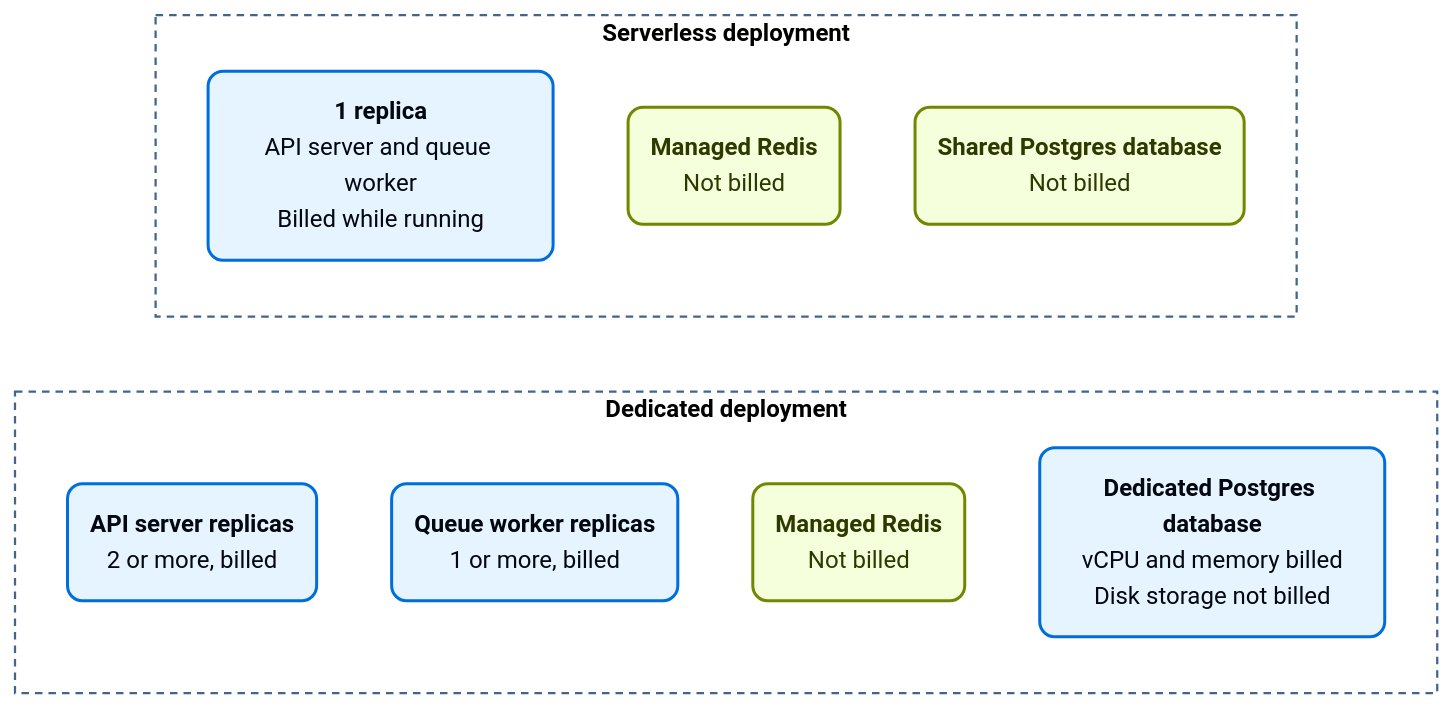
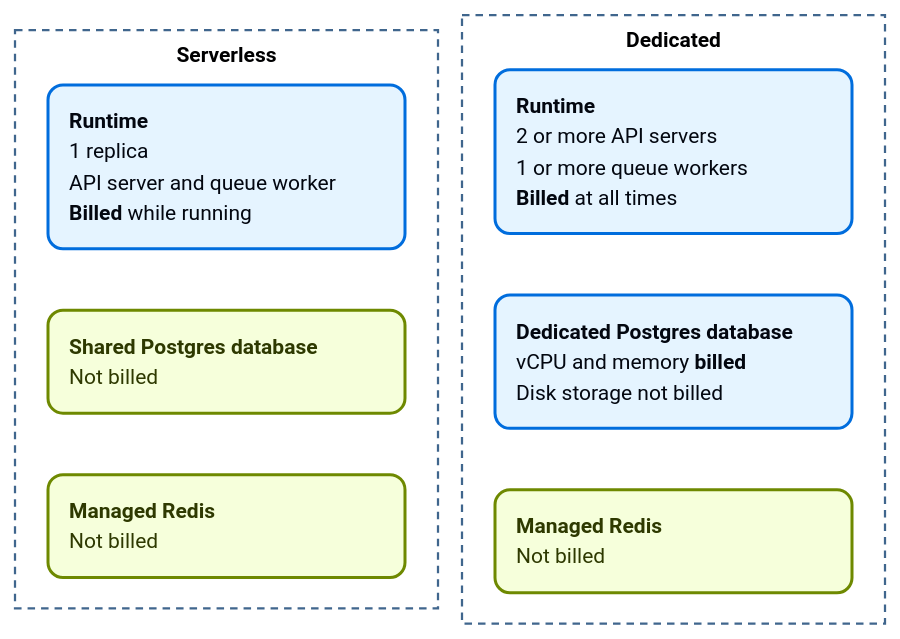
Before and after one commit to langchain-ai/docs: the first of 2 diagrams in src/langsmith/billing.mdx, drawn with Mermaid. The commit also changed other lines of this file, not shown here.

First line of the commit message:
docs(langsmith): fit deployment cost tables and polish diagrams

````diff
--- a/src/langsmith/billing.mdx
+++ b/src/langsmith/billing.mdx
@@ -199,26 +199,28 @@
 ```mermaid actions={false}
-%%{init: {"theme":"base","themeVariables":{"fontFamily":"Inter, system-ui, sans-serif","lineColor":"#40668D","primaryColor":"#E5F4FF","primaryTextColor":"#030710","primaryBorderColor":"#006DDD","clusterBkg":"transparent"}}}%%
+%%{init: {"theme":"base","flowchart":{"htmlLabels":true,"nodeSpacing":24,"rankSpacing":16,"padding":14,"subGraphTitleMargin":{"top":6,"bottom":10}},"themeVariables":{"fontFamily":"Inter, system-ui, sans-serif","fontSize":"14px","lineColor":"#40668D","primaryColor":"#E5F4FF","primaryTextColor":"#030710","primaryBorderColor":"#006DDD","clusterBkg":"transparent","edgeLabelBackground":"#FFFFFF"}}}%%
 flowchart LR
-    subgraph dedicated["<b>Dedicated deployment</b>"]
+    subgraph serverless["<b>Serverless</b>"]
         direction TB
-        DApi("<b>API server replicas</b><br/>2 or more, billed")
-        DWorker("<b>Queue worker replicas</b><br/>1 or more, billed")
-        DRedis("<b>Managed Redis</b><br/>Not billed")
-        DDb("<b>Dedicated Postgres database</b><br/>vCPU and memory billed<br/>Disk storage not billed")
+        SRuntime("<div style='width:210px;text-align:left;line-height:1.45'><b>Runtime</b><br/>1 replica<br/>API server and queue worker<br/><b>Billed</b> while running</div>")
+        SDb("<div style='width:210px;text-align:left;line-height:1.45'><b>Shared Postgres database</b><br/>Not billed</div>")
+        SRedis("<div style='width:210px;text-align:left;line-height:1.45'><b>Managed Redis</b><br/>Not billed</div>")
+        SRuntime ~~~ SDb ~~~ SRedis
     end
-    subgraph serverless["<b>Serverless deployment</b>"]
+    subgraph dedicated["<b>Dedicated</b>"]
         direction TB
-        SReplica("<b>1 replica</b><br/>API server and queue worker<br/>Billed while running")
-        SRedis("<b>Managed Redis</b><br/>Not billed")
-        SDb("<b>Shared Postgres database</b><br/>Not billed")
+        DRuntime("<div style='width:210px;text-align:left;line-height:1.45'><b>Runtime</b><br/>2 or more API servers<br/>1 or more queue workers<br/><b>Billed</b> at all times</div>")
+        DDb("<div style='width:210px;text-align:left;line-height:1.45'><b>Dedicated Postgres database</b><br/>vCPU and memory <b>billed</b><br/>Disk storage not billed</div>")
+        DRedis("<div style='width:210px;text-align:left;line-height:1.45'><b>Managed Redis</b><br/>Not billed</div>")
+        DRuntime ~~~ DDb ~~~ DRedis
     end
+    serverless ~~~ dedicated
 
     classDef process fill:#E5F4FF,stroke:#006DDD,stroke-width:2px,color:#030710,rx:10,ry:10
     classDef trigger fill:#F6FFDB,stroke:#6E8900,stroke-width:2px,color:#2E3900,rx:10,ry:10
 
-    class SReplica,DApi,DWorker,DDb process
-    class SRedis,SDb,DRedis trigger
+    class SRuntime,DRuntime,DDb process
+    class SDb,SRedis,DRedis trigger
 
     style serverless fill:none,stroke:#40668D,stroke-width:1.5px,stroke-dasharray:5 4
     style dedicated fill:none,stroke:#40668D,stroke-width:1.5px,stroke-dasharray:5 4
 ```
````
